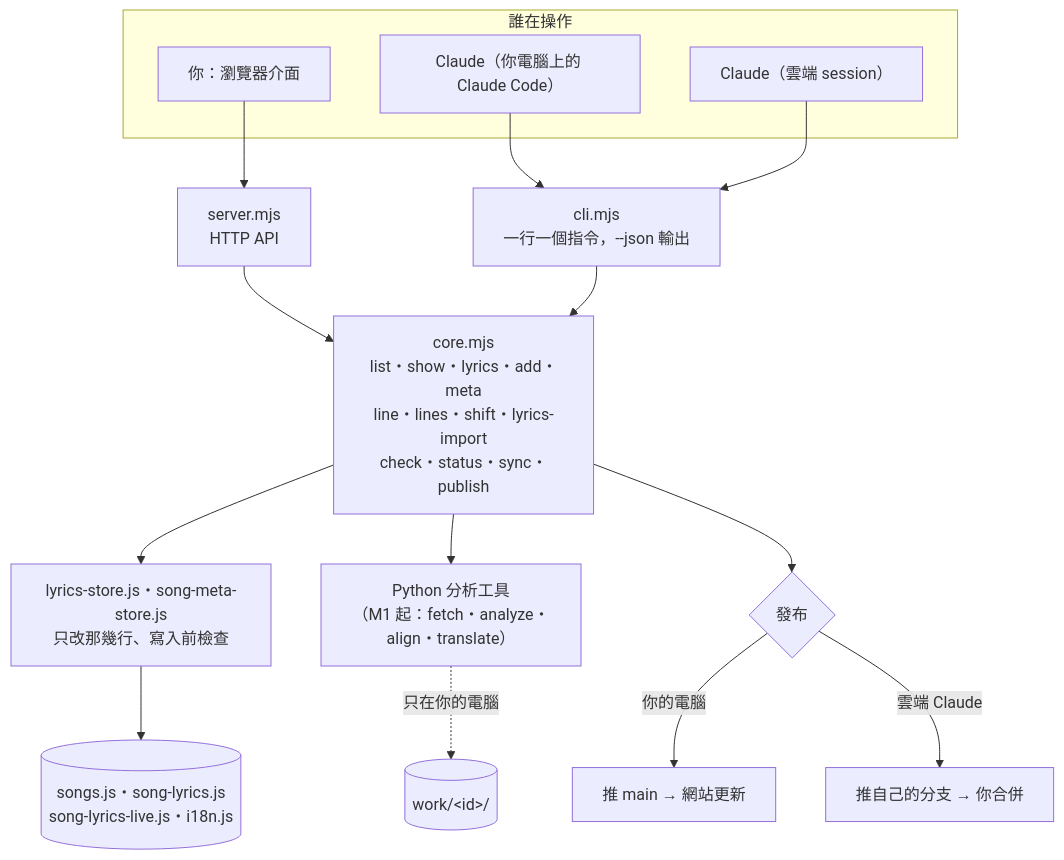
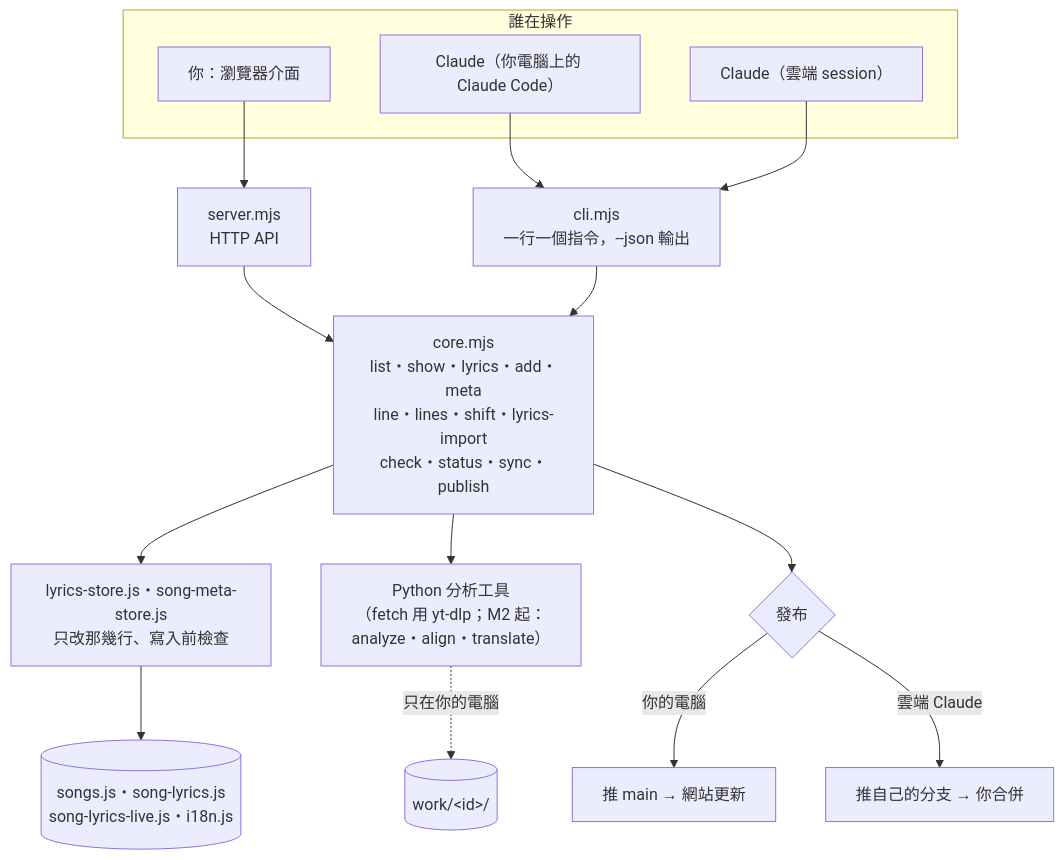
Diagram 11 of 11 in docs/studio-plan.md (Gcree/ado-guide), drawn with Mermaid before and after one commit. The commit also changed other lines of this file and 16 other files, not shown here.

````diff
--- a/docs/studio-plan.md
+++ b/docs/studio-plan.md
@@ -392,20 +392,20 @@
 ```mermaid
 flowchart TB
   subgraph WHO["誰在操作"]
     YOU["你：瀏覽器介面"]
     CLL["Claude（你電腦上的 Claude Code）"]
     CLC["Claude（雲端 session）"]
   end
   YOU --> SRV["server.mjs<br/>HTTP API"]
   CLL --> CLI["cli.mjs<br/>一行一個指令，--json 輸出"]
   CLC --> CLI
   SRV --> CORE["core.mjs<br/>list・show・lyrics・add・meta<br/>line・lines・shift・lyrics-import<br/>check・status・sync・publish"]
   CLI --> CORE
   CORE --> STORE["lyrics-store.js・song-meta-store.js<br/>只改那幾行、寫入前檢查"]
   STORE --> REPO[("songs.js・song-lyrics.js<br/>song-lyrics-live.js・i18n.js")]
-  CORE --> PY["Python 分析工具<br/>（M1 起：fetch・analyze・align・translate）"]
+  CORE --> PY["Python 分析工具<br/>（fetch 用 yt-dlp；M2 起：analyze・align・translate）"]
   PY -. "只在你的電腦" .-> WORK[("work/&lt;id&gt;/")]
   CORE --> GIT{"發布"}
   GIT -- "你的電腦" --> MAIN["推 main → 網站更新"]
   GIT -- "雲端 Claude" --> BR["推自己的分支 → 你合併"]
 ```
````
